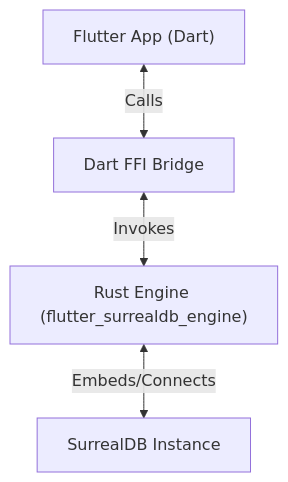
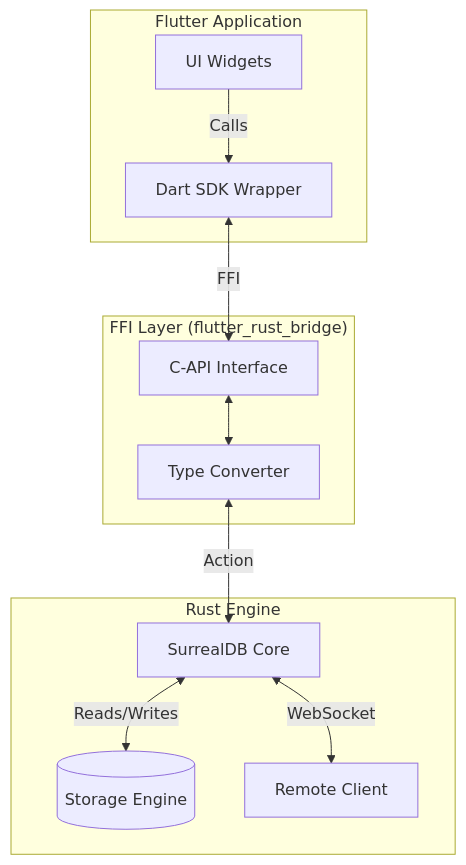
The first of 2 diagrams in packages/flutter_surrealdb_engine/README.md (mono424/spooky), drawn with Mermaid before and after one commit. The commit also changed other lines of this file, not shown here.

````diff
--- a/packages/flutter_surrealdb_engine/README.md
+++ b/packages/flutter_surrealdb_engine/README.md
@@ -18,11 +29,25 @@
 ```mermaid
-graph TD
-    Dart["Flutter App (Dart)"]
-    FFI["Dart FFI Bridge"]
-    Rust["Rust Engine (flutter_surrealdb_engine)"]
-    Surreal["SurrealDB Instance"]
+flowchart TD
+    subgraph Flutter["Flutter Application"]
+        UI[UI Widgets]
+        DartSDK[Dart SDK Wrapper]
+    end
 
-    Dart <-->|Calls| FFI
-    FFI <-->|Invokes| Rust
-    Rust <-->|Embeds/Connects| Surreal
+    subgraph Bridge["FFI Layer (flutter_rust_bridge)"]
+        CAPI[C-API Interface]
+        Converter[Type Converter]
+    end
+
+    subgraph Rust["Rust Engine"]
+        Core[SurrealDB Core]
+        Storage[(Storage Engine)]
+        Remote[Remote Client]
+    end
+
+    UI -->|Calls| DartSDK
+    DartSDK <-->|FFI| CAPI
+    CAPI <--> Converter
+    Converter <-->|Action| Core
+    Core <-->|Reads/Writes| Storage
+    Core <-->|WebSocket| Remote
 ```
````
